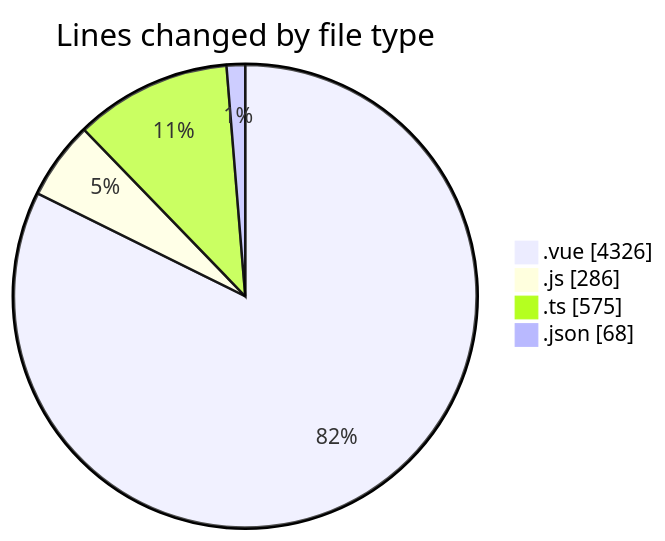
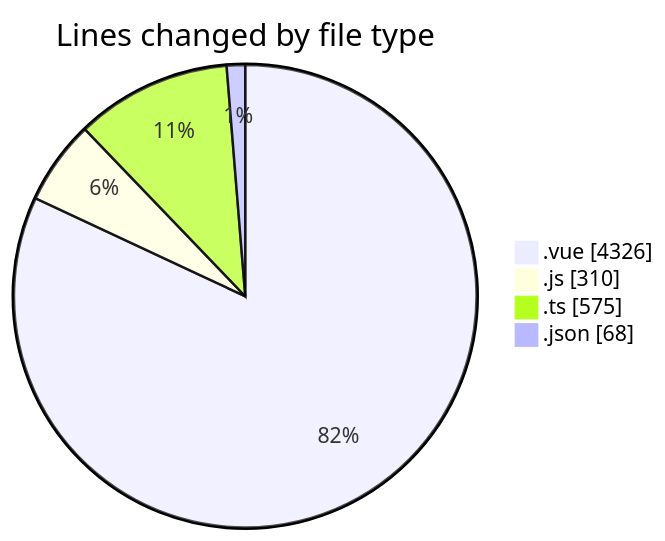
The first of 2 diagrams in 2025-08-12/rentotp/README.md (lephambinh05/code-tracking), drawn with Mermaid before and after one commit. The commit also changed other lines of this file and 1 other file, not shown here.

````diff
--- a/2025-08-12/rentotp/README.md
+++ b/2025-08-12/rentotp/README.md
@@ -36,8 +36,8 @@
 ```mermaid
 pie showData
 title Lines changed by file type
 ".vue" : 4326
-".js" : 286
+".js" : 310
 ".ts" : 575
 ".json" : 68
 ```
````
